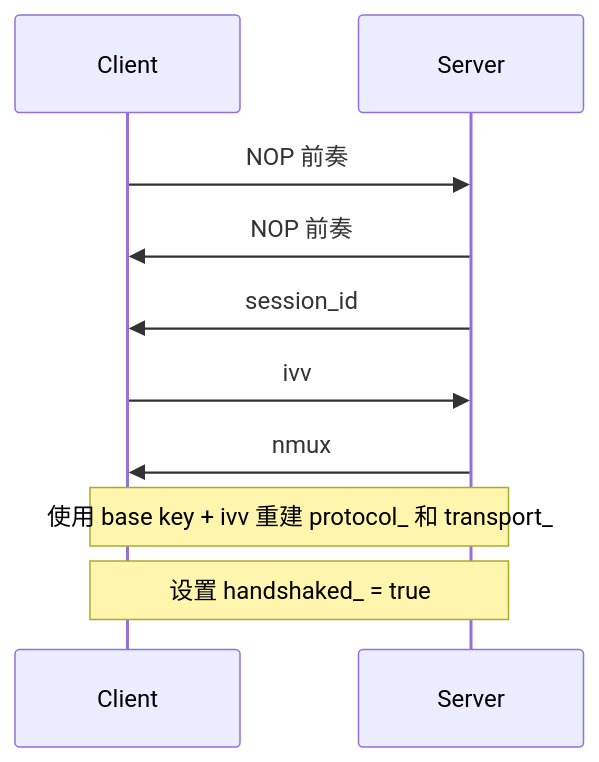
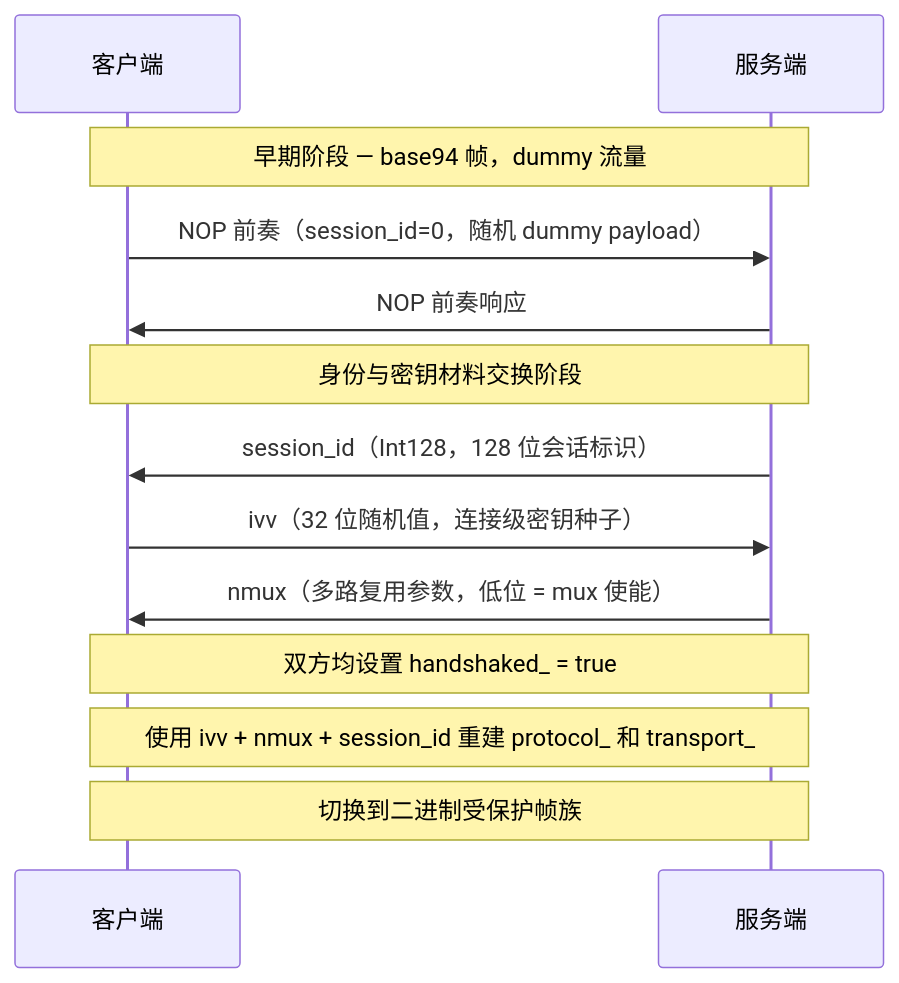
The seventh of 10 diagrams in docs/TRANSMISSION_CN.md (HyacinthHaru/openppp2), drawn with Mermaid before and after one commit. The commit also changed other lines of this file and 93 other files, not shown here.

````diff
--- a/docs/TRANSMISSION_CN.md
+++ b/docs/TRANSMISSION_CN.md
@@ -212,12 +407,18 @@
 ```mermaid
 sequenceDiagram
-    participant C as Client
-    participant S as Server
-    C->>S: NOP 前奏
-    S->>C: NOP 前奏
-    S->>C: session_id
-    C->>S: ivv
-    S->>C: nmux
-    Note over C,S: 使用 base key + ivv 重建 protocol_ 和 transport_
-    Note over C,S: 设置 handshaked_ = true
+    participant C as 客户端
+    participant S as 服务端
+
+    Note over C,S: 早期阶段 — base94 帧，dummy 流量
+    C->>S: NOP 前奏（session_id=0，随机 dummy payload）
+    S->>C: NOP 前奏响应
+
+    Note over C,S: 身份与密钥材料交换阶段
+    S->>C: session_id（Int128，128 位会话标识）
+    C->>S: ivv（32 位随机值，连接级密钥种子）
+    S->>C: nmux（多路复用参数，低位 = mux 使能）
+
+    Note over C,S: 双方均设置 handshaked_ = true
+    Note over C,S: 使用 ivv + nmux + session_id 重建 protocol_ 和 transport_
+    Note over C,S: 切换到二进制受保护帧族
 ```
````
